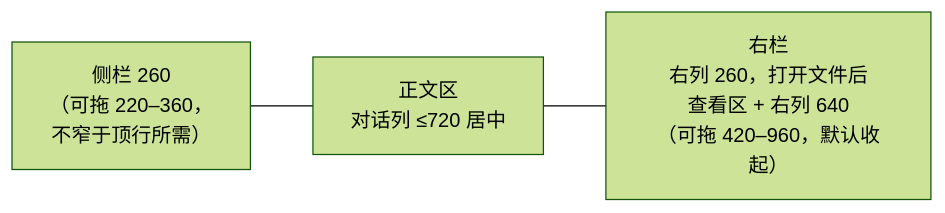
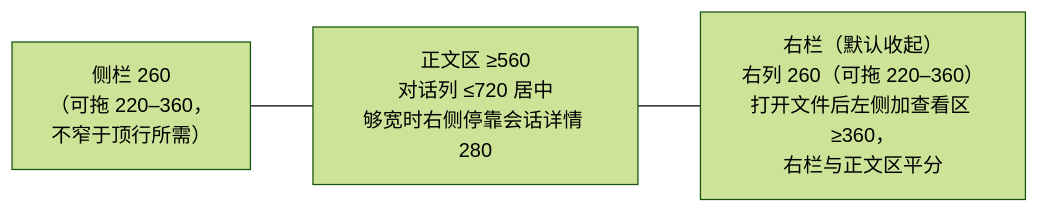
Before and after one commit to yangflow/hoplet: the first of 2 diagrams in docs/design/0024-desktop-layout.md, drawn with Mermaid (forest theme). The commit also changed other lines of this file and 16 other files, not shown here.

````diff
--- a/docs/design/0024-desktop-layout.md
+++ b/docs/design/0024-desktop-layout.md
@@ -16,4 +16,4 @@
 ```mermaid
 flowchart LR
-    S["侧栏 260<br/>（可拖 220–360，<br/>不窄于顶行所需）"] --- C["正文区<br/>对话列 ≤720 居中"] --- P["右栏<br/>右列 260，打开文件后<br/>查看区 + 右列 640<br/>（可拖 420–960，默认收起）"]
+    S["侧栏 260<br/>（可拖 220–360，<br/>不窄于顶行所需）"] --- C["正文区 ≥560<br/>对话列 ≤720 居中<br/>够宽时右侧停靠会话详情 280"] --- P["右栏（默认收起）<br/>右列 260（可拖 220–360）<br/>打开文件后左侧加查看区 ≥360，<br/>右栏与正文区平分"]
 ```
````
